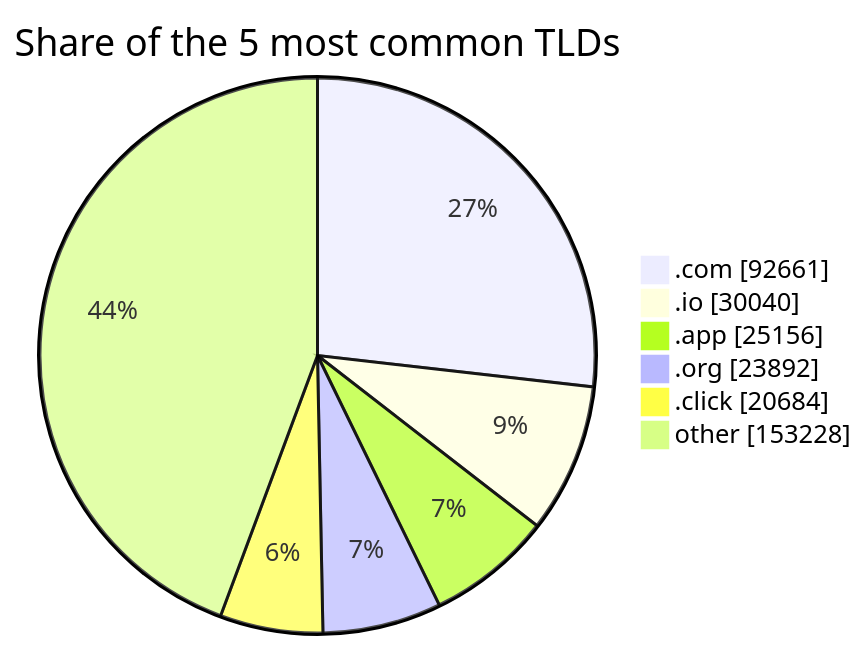
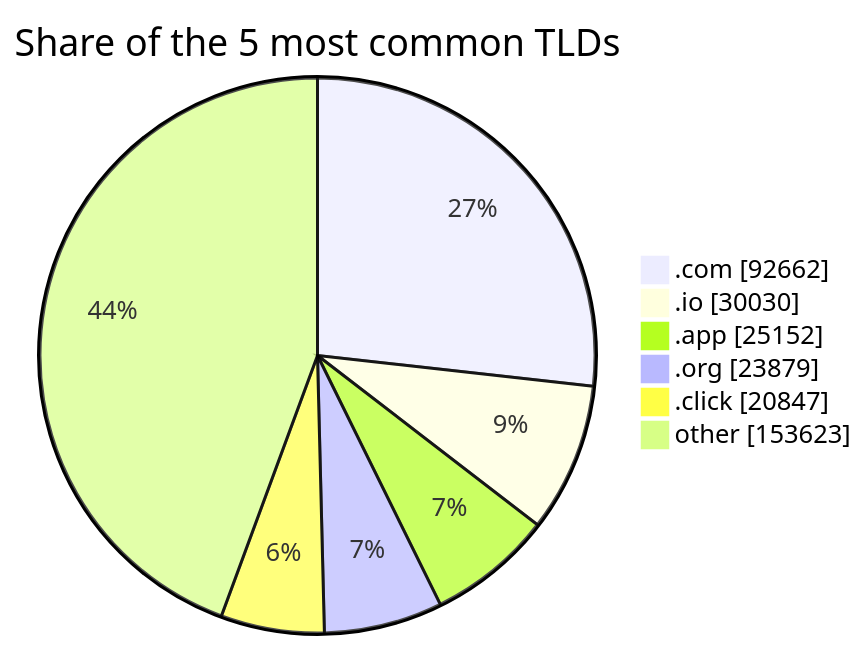
One commit to DNSBunker/CTI changed the third of 3 diagrams in README.md. Above: the diagram before and after it, drawn with Mermaid. The commit also changed other lines of this file and 4 other files, not shown here.

````diff
--- a/README.md
+++ b/README.md
@@ -81,9 +81,9 @@
 ```mermaid
 pie showData title Share of the 5 most common TLDs
-    ".com" : 92661
-    ".io" : 30040
-    ".app" : 25156
-    ".org" : 23892
-    ".click" : 20684
-    "other" : 153228
+    ".com" : 92662
+    ".io" : 30030
+    ".app" : 25152
+    ".org" : 23879
+    ".click" : 20847
+    "other" : 153623
 ```
````
